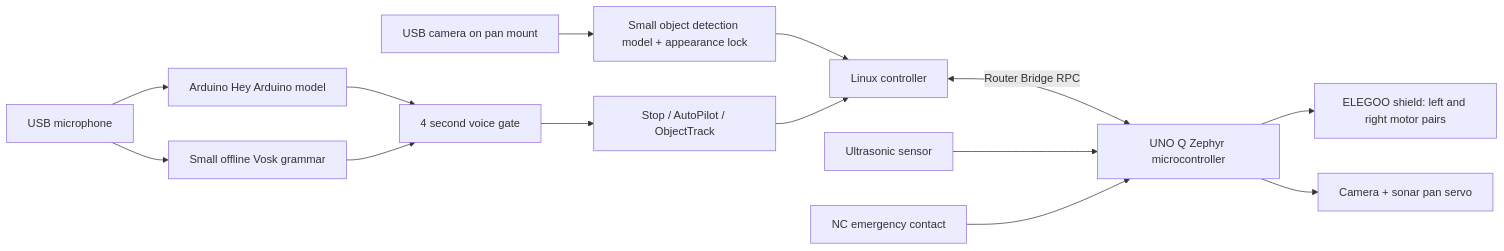
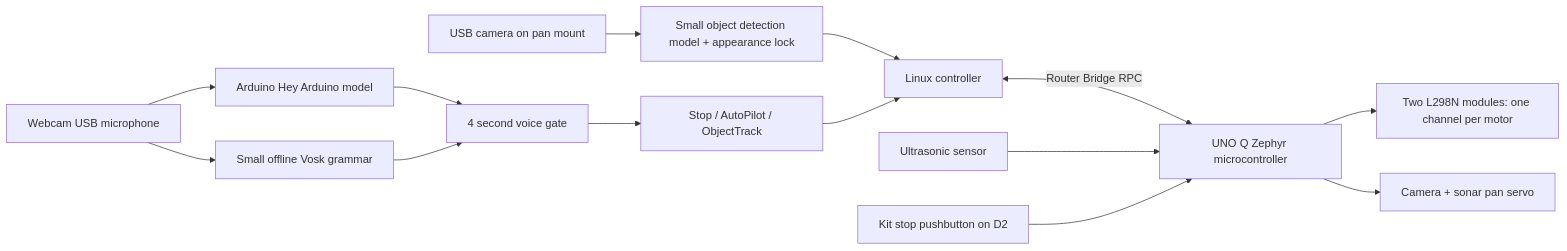
Before and after one commit to Tekwiz17/AICar: the diagram in docs/ARCHITECTURE.md, drawn with Mermaid. The commit also changed other lines of this file and 12 other files, not shown here.

Commit message:
Switch Q-only car to two L298N drivers and power-bank wiring

````diff
--- a/docs/ARCHITECTURE.md
+++ b/docs/ARCHITECTURE.md
@@ -3,16 +3,16 @@
 ```mermaid
 flowchart LR
     Camera[USB camera on pan mount] --> Vision[Small object detection model + appearance lock]
-    Mic[USB microphone] --> Wake[Arduino Hey Arduino model]
+    Mic[Webcam USB microphone] --> Wake[Arduino Hey Arduino model]
     Mic --> Speech[Small offline Vosk grammar]
     Wake --> Gate[4 second voice gate]
     Speech --> Gate
     Gate --> Mode[Stop / AutoPilot / ObjectTrack]
     Vision --> Control[Linux controller]
     Mode --> Control
     Control <-->|Router Bridge RPC| MCU[UNO Q Zephyr microcontroller]
-    MCU --> Motors[ELEGOO shield: left and right motor pairs]
+    MCU --> Motors[Two L298N modules: one channel per motor]
     MCU --> Pan[Camera + sonar pan servo]
     Sonar[Ultrasonic sensor] --> MCU
-    Switch[NC emergency contact] --> MCU
+    Switch[Kit stop pushbutton on D2] --> MCU
 ```
````
